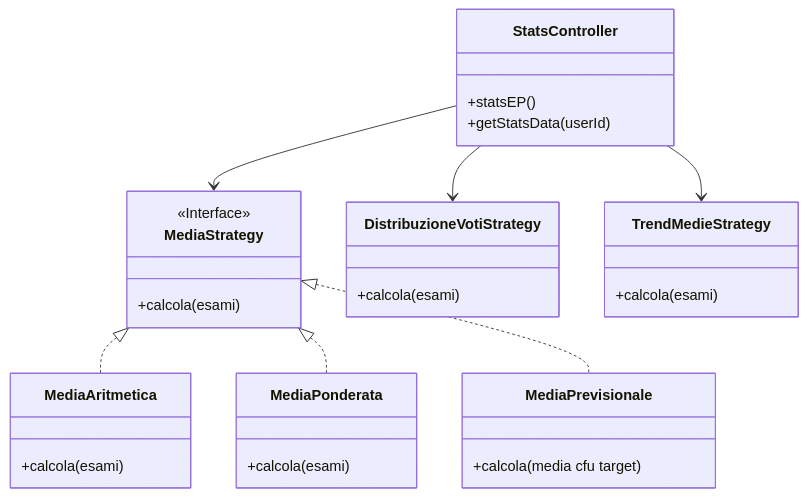
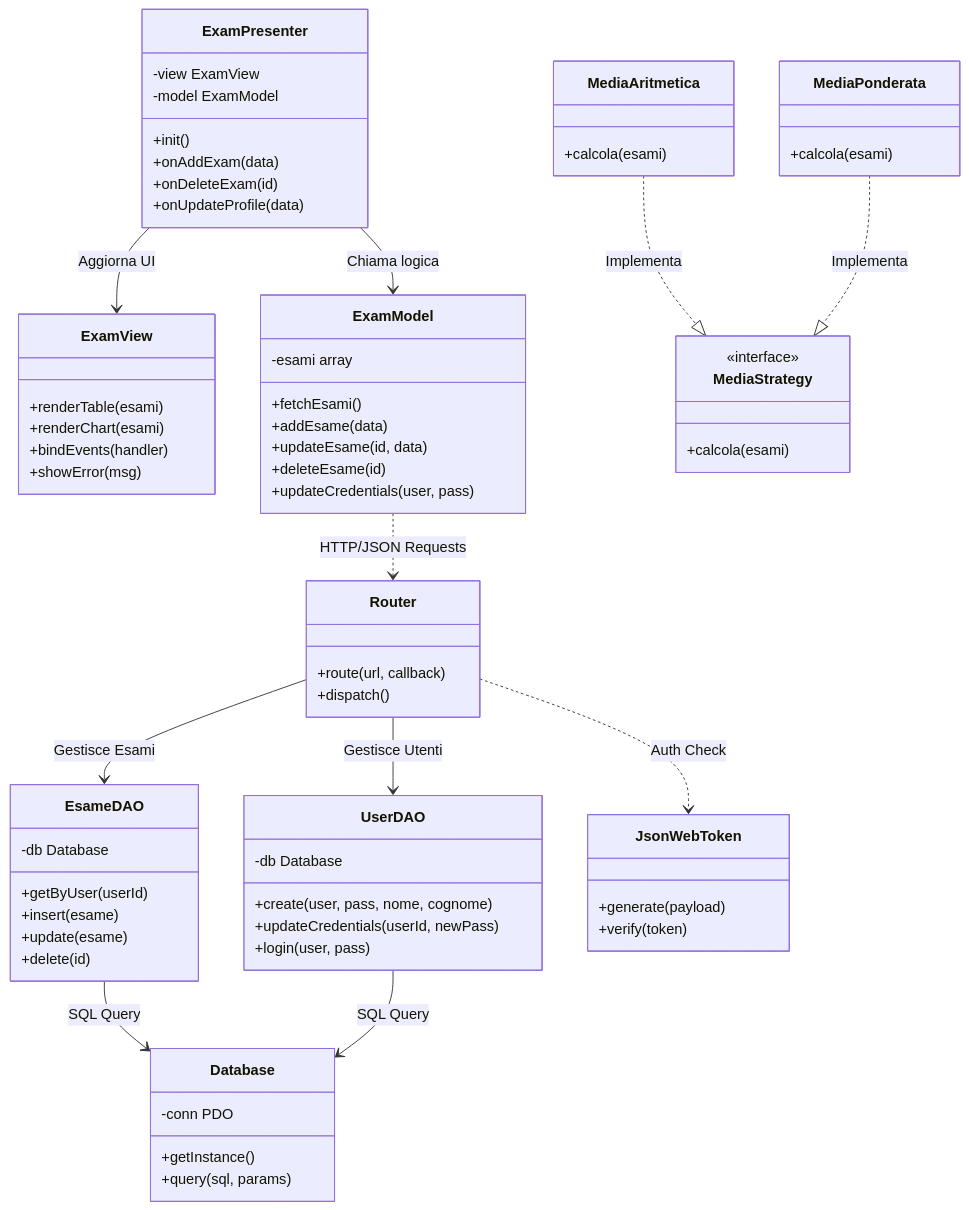
Before and after one commit to frankelfokou/Gestione-esami-universitari: the fourth of 26 diagrams in README.md, drawn with Mermaid. The commit also changed other lines of this file, not shown here.

````diff
--- a/README.md
+++ b/README.md
@@ -305,40 +190,74 @@
 ```mermaid
+%%{init: {"theme": "default"}}%%
 classDiagram
-    class StatsController {
-        +statsEP()
-        +getStatsData(userId)
+    class ExamPresenter {
+        -view ExamView
+        -model ExamModel
+        +init()
+        +onAddExam(data)
+        +onDeleteExam(id)
+        +onUpdateProfile(data)
     }
+    class ExamView {
+        +renderTable(esami)
+        +renderChart(esami)
+        +bindEvents(handler)
+        +showError(msg)
+    }
+    class ExamModel {
+        -esami array
+        +fetchEsami()
+        +addEsame(data)
+        +updateEsame(id, data)
+        +deleteEsame(id)
+        +updateCredentials(user, pass)
+    }
+    ExamPresenter --> ExamView : Aggiorna UI
+    ExamPresenter --> ExamModel : Chiama logica
+    ExamModel ..> Router : HTTP/JSON Requests
 
+    class Router {
+        +route(url, callback)
+        +dispatch()
+    }
+    class EsameDAO {
+        -db Database
+        +getByUser(userId)
+        +insert(esame)
+        +update(esame)
+        +delete(id)
+    }
+    class UserDAO {
+        -db Database
+        +create(user, pass, nome, cognome)
+        +updateCredentials(userId, newPass)
+        +login(user, pass)
+    }
+    class JsonWebToken {
+        +generate(payload)
+        +verify(token)
+    }
+    class Database {
+        -conn PDO
+        +getInstance()
+        +query(sql, params)
+    }
     class MediaStrategy {
-        <<Interface>>
+        <<interface>>
         +calcola(esami)
     }
-
     class MediaAritmetica {
         +calcola(esami)
     }
-
     class MediaPonderata {
         +calcola(esami)
     }
 
-    class MediaPrevisionale {
-        +calcola(media cfu target)
-    }
-
-    class DistribuzioneVotiStrategy {
-        +calcola(esami)
-    }
-
-    class TrendMedieStrategy {
-        +calcola(esami)
-    }
-
-    StatsController --> MediaStrategy
-    StatsController --> DistribuzioneVotiStrategy
-    StatsController --> TrendMedieStrategy
-
-    MediaStrategy <|.. MediaAritmetica
-    MediaStrategy <|.. MediaPonderata
-    MediaStrategy <|.. MediaPrevisionale
+    Router --> EsameDAO : Gestisce Esami
+    Router --> UserDAO : Gestisce Utenti
+    Router ..> JsonWebToken : Auth Check
+    EsameDAO --> Database : SQL Query
+    UserDAO --> Database : SQL Query
+    MediaAritmetica ..|> MediaStrategy : Implementa
+    MediaPonderata ..|> MediaStrategy : Implementa
 ```
````
